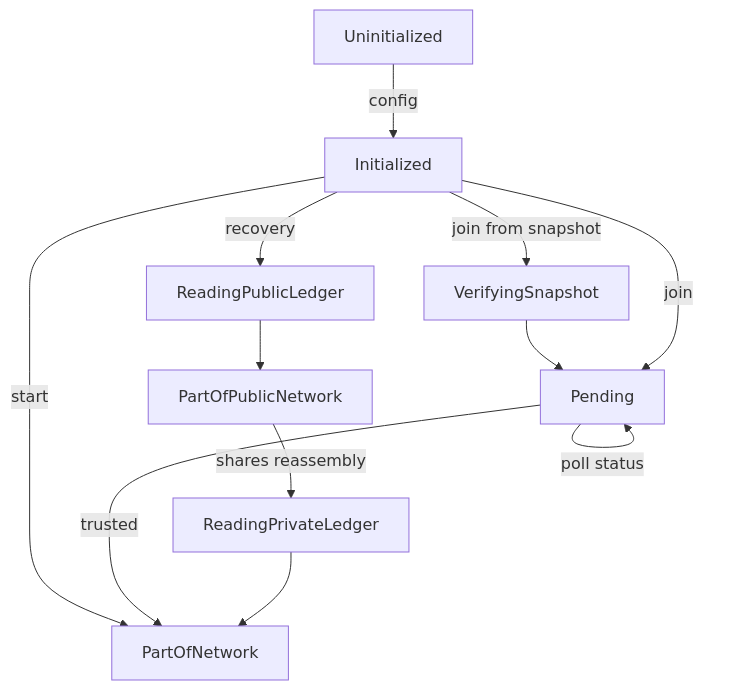
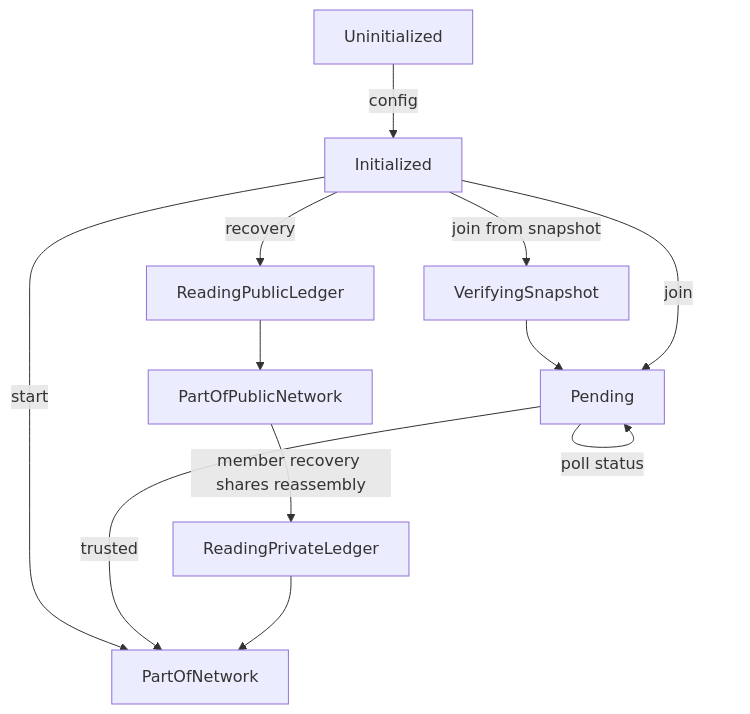
The diagram in doc/audit/node_state.rst (microsoft/CCF), drawn with Mermaid before and after one commit.

```diff
--- a/doc/audit/node_state.rst
+++ b/doc/audit/node_state.rst
@@ -4,14 +4,14 @@
 .. mermaid::
 
     graph TB;
         Uninitialized-- config -->Initialized;
         Initialized-- start -->PartOfNetwork;
         Initialized-- join from snapshot -->VerifyingSnapshot;
         VerifyingSnapshot-->Pending;
         Initialized-- join -->Pending;
         Pending-- poll status -->Pending;
         Pending-- trusted -->PartOfNetwork;
         Initialized-- recovery -->ReadingPublicLedger;
         ReadingPublicLedger-->PartOfPublicNetwork;
-        PartOfPublicNetwork-- shares reassembly -->ReadingPrivateLedger;
+        PartOfPublicNetwork-- member recovery shares reassembly -->ReadingPrivateLedger;
         ReadingPrivateLedger-->PartOfNetwork;
```
